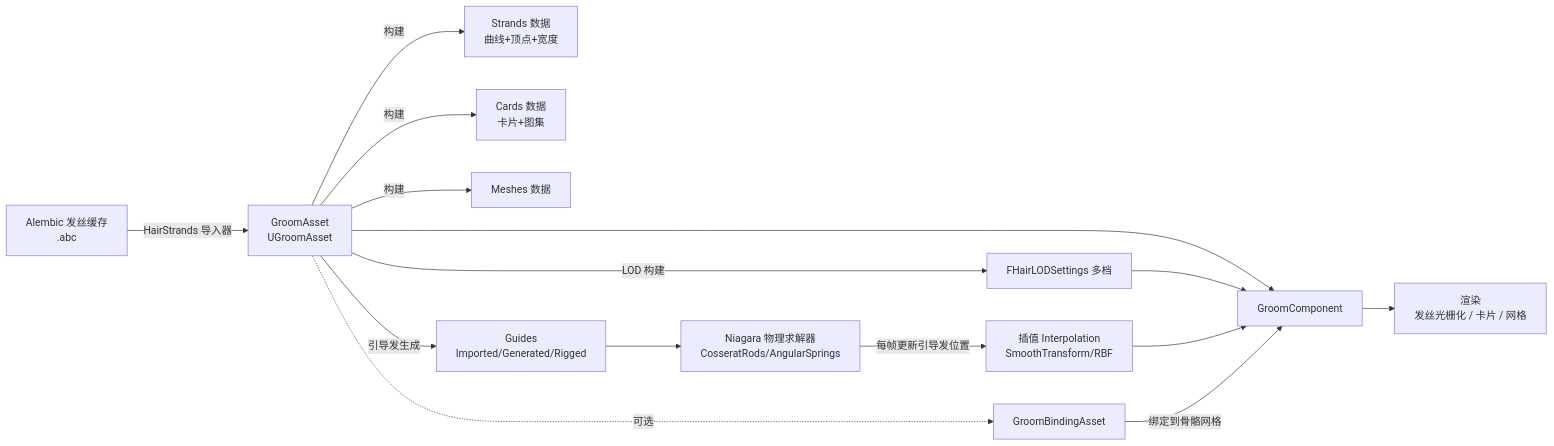
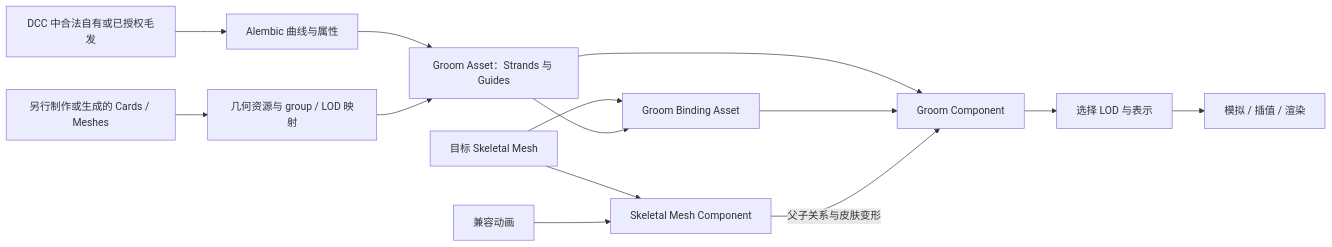
Before and after one commit to fantuan812/learning: the first of 3 diagrams in 知识/04-图形动画与物理仿真/材质地形与世界表现/06-Groom毛发系统.md, drawn with Mermaid. The commit also changed other lines of this file and 1 other file, not shown here.

````diff
--- a/知识/04-图形动画与物理仿真/材质地形与世界表现/06-Groom毛发系统.md
+++ b/知识/04-图形动画与物理仿真/材质地形与世界表现/06-Groom毛发系统.md
@@ -77,17 +80,16 @@
 ```mermaid
 flowchart LR
-    A[Alembic 发丝缓存<br/>.abc] -->|HairStrands 导入器| B[GroomAsset<br/>UGroomAsset]
-    B -->|构建| C1[Strands 数据<br/>曲线+顶点+宽度]
-    B -->|构建| C2[Cards 数据<br/>卡片+图集]
-    B -->|构建| C3[Meshes 数据]
-    B -->|LOD 构建| D[FHairLODSettings 多档]
-    B -->|引导发生成| E[Guides<br/>Imported/Generated/Rigged]
-    E --> F[Niagara 物理求解器<br/>CosseratRods/AngularSprings]
-    F -->|每帧更新引导发位置| G[插值 Interpolation<br/>SmoothTransform/RBF]
-    B --> H[GroomComponent]
-    D --> H
-    G --> H
-    H --> I[渲染<br/>发丝光栅化 / 卡片 / 网格]
-    B -.->|可选| J[GroomBindingAsset]
-    J -->|绑定到骨骼网格| H
+    A[DCC 中合法自有或已授权毛发] --> B[Alembic 曲线与属性]
+    B --> C[Groom Asset：Strands 与 Guides]
+    D[目标 Skeletal Mesh] --> E[Groom Binding Asset]
+    C --> E
+    F[另行制作或生成的 Cards / Meshes] --> G[几何资源与 group / LOD 映射]
+    G --> C
+    D --> H[Skeletal Mesh Component]
+    I[兼容动画] --> H
+    C --> J[Groom Component]
+    E --> J
+    H -->|父子关系与皮肤变形| J
+    J --> K[选择 LOD 与表示]
+    K --> L[模拟 / 插值 / 渲染]
 ```
````
